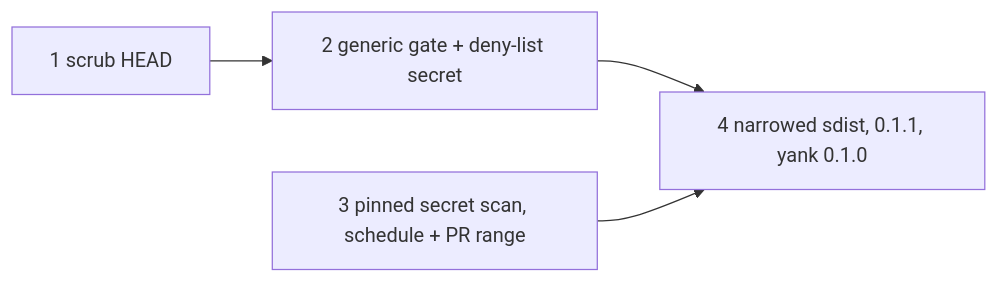
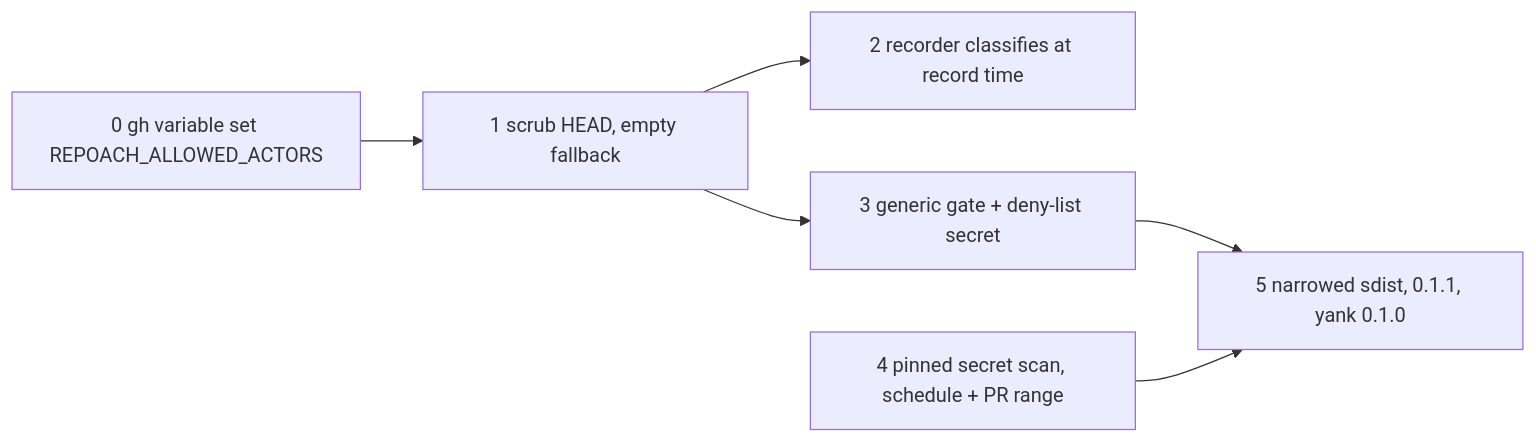
The diagram in docs/specs/2026-11-18_SP-REPO-CARRIES-NO-PERSONAL-DATA_umbrella-no-owner-path-login-host-ip-or-email-anywhere.md (repoachhq/repoach), drawn with Mermaid before and after one commit. The commit also changed other lines of this file and 4 other files, not shown here.

````diff
--- a/docs/specs/2026-11-18_SP-REPO-CARRIES-NO-PERSONAL-DATA_umbrella-no-owner-path-login-host-ip-or-email-anywhere.md
+++ b/docs/specs/2026-11-18_SP-REPO-CARRIES-NO-PERSONAL-DATA_umbrella-no-owner-path-login-host-ip-or-email-anywhere.md
@@ -222,6 +256,8 @@
 ```mermaid
 flowchart LR
-    S[1 scrub HEAD] --> G[2 generic gate + deny-list secret]
-    G --> R[4 narrowed sdist, 0.1.1, yank 0.1.0]
-    X[3 pinned secret scan, schedule + PR range] --> R
+    V[0 gh variable set REPOACH_ALLOWED_ACTORS] --> S[1 scrub HEAD, empty fallback]
+    S --> C[2 recorder classifies at record time]
+    S --> G[3 generic gate + deny-list secret]
+    G --> R[5 narrowed sdist, 0.1.1, yank 0.1.0]
+    X[4 pinned secret scan, schedule + PR range] --> R
 ```
````
